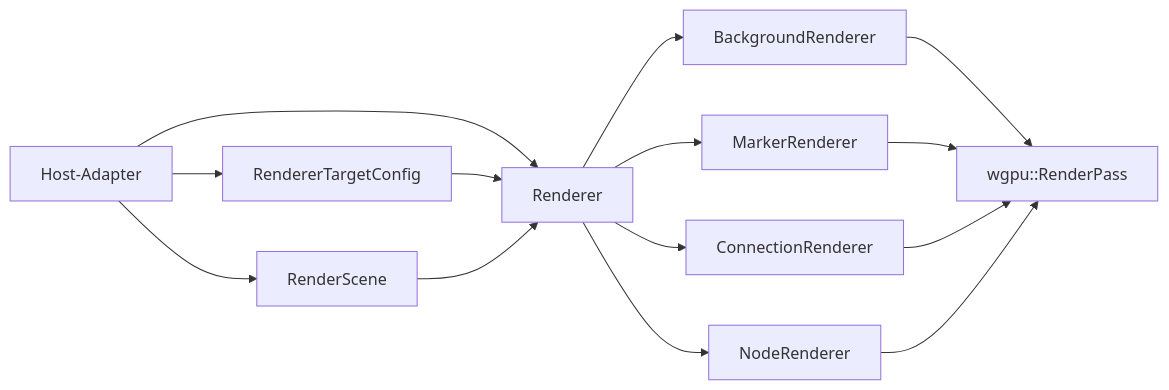
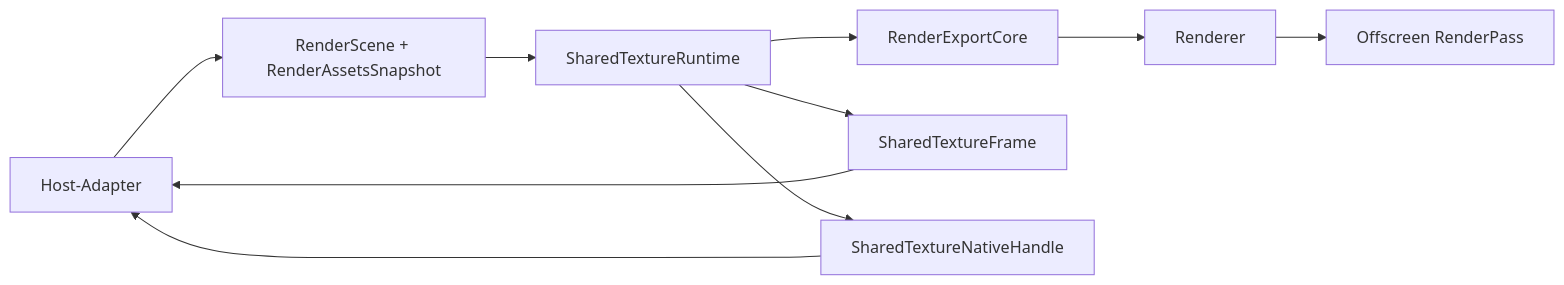
Before and after one commit to mro68/fs25_ad_editor: the diagram in crates/fs25_auto_drive_render_wgpu/API.md, drawn with Mermaid. The commit also changed other lines of this file and 13 other files, not shown here.

````diff
--- a/crates/fs25_auto_drive_render_wgpu/API.md
+++ b/crates/fs25_auto_drive_render_wgpu/API.md
@@ -90,16 +96,12 @@
 ```mermaid
 flowchart LR
-	HOST[Host-Adapter] --> CONFIG[RendererTargetConfig]
-	HOST --> SCENE[RenderScene]
-	HOST --> CORE[Renderer]
-	CONFIG --> CORE
-	SCENE --> CORE
-	CORE --> BG[BackgroundRenderer]
-	CORE --> MK[MarkerRenderer]
-	CORE --> CONN[ConnectionRenderer]
-	CORE --> NODE[NodeRenderer]
-	BG --> PASS[wgpu::RenderPass]
-	MK --> PASS
-	CONN --> PASS
-	NODE --> PASS
+	HOST[Host-Adapter] --> FRAME[RenderScene + RenderAssetsSnapshot]
+	FRAME --> RUNTIME[SharedTextureRuntime]
+	RUNTIME --> CORE[RenderExportCore]
+	CORE --> RENDERER[Renderer]
+	RENDERER --> PASS[Offscreen RenderPass]
+	RUNTIME --> META[SharedTextureFrame]
+	RUNTIME --> HANDLE[SharedTextureNativeHandle]
+	META --> HOST
+	HANDLE --> HOST
 ```
````
